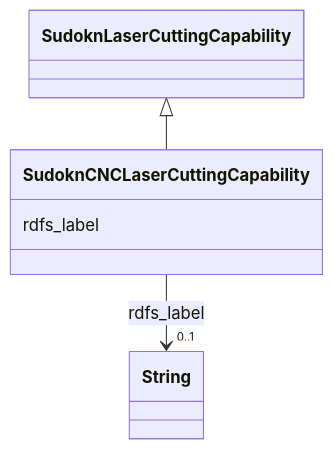
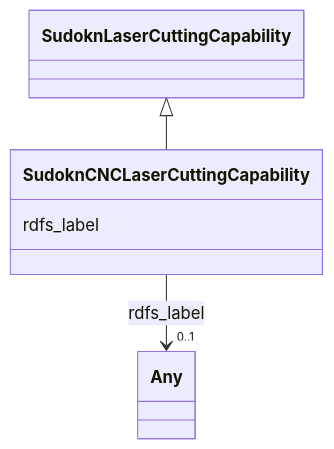
The diagram in sudokn-kg/classes/SudoknCNCLaserCuttingCapability.md (frink-okn/graph-descriptions), drawn with Mermaid before and after one commit. The commit also changed other lines of this file and 903 other files, not shown here.

````diff
--- a/sudokn-kg/classes/SudoknCNCLaserCuttingCapability.md
+++ b/sudokn-kg/classes/SudoknCNCLaserCuttingCapability.md
@@ -23,18 +18,18 @@
 ```mermaid
  classDiagram
     class SudoknCNCLaserCuttingCapability
     click SudoknCNCLaserCuttingCapability href "../SudoknCNCLaserCuttingCapability"
       SudoknLaserCuttingCapability <|-- SudoknCNCLaserCuttingCapability
         click SudoknLaserCuttingCapability href "../SudoknLaserCuttingCapability"
       
       SudoknCNCLaserCuttingCapability : rdfs_label
         
           
     
     
-    SudoknCNCLaserCuttingCapability --> "0..1" String : rdfs_label
-    click String href "../String"
+    SudoknCNCLaserCuttingCapability --> "0..1" Any : rdfs_label
+    click Any href "../Any"
 
         
       
 ```
````
